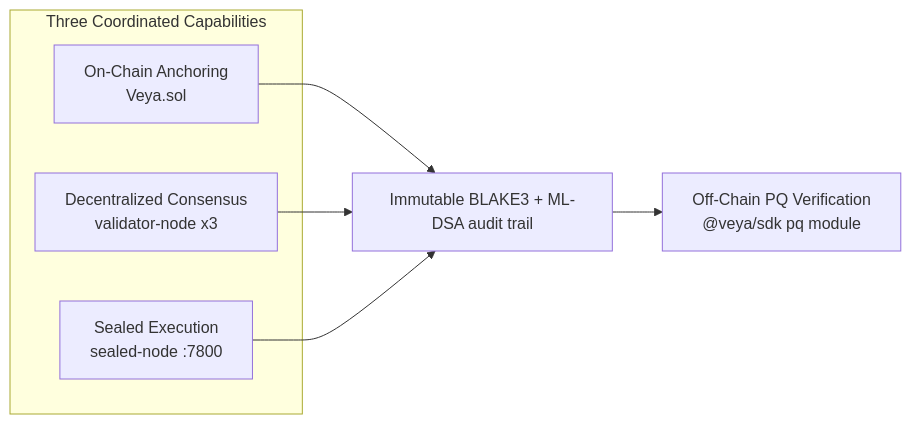
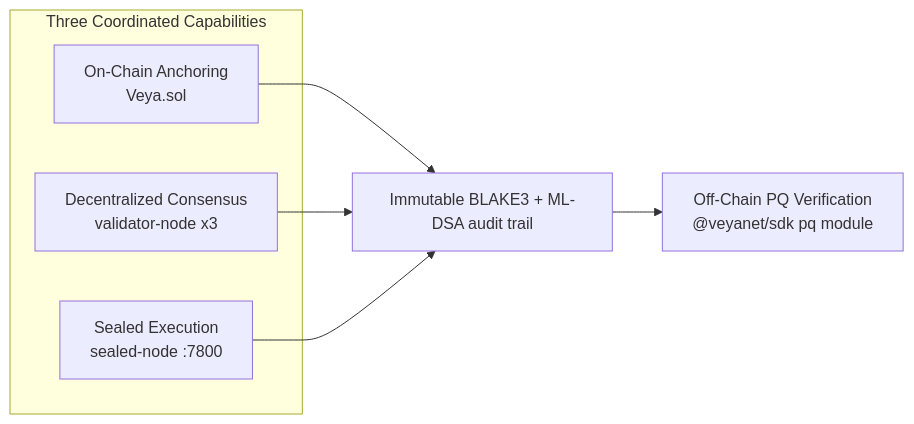
The first of 13 diagrams in docs/ARCHITECTURE.md (veyanet/veya-sdk), drawn with Mermaid before and after one commit. The commit also changed other lines of this file and 34 other files, not shown here.

Commit message:
refactor(sdk): update package scope to @veyanet/sdk

````diff
--- a/docs/ARCHITECTURE.md
+++ b/docs/ARCHITECTURE.md
@@ -68,12 +68,12 @@
 ```mermaid
 flowchart LR
     subgraph Capabilities["Three Coordinated Capabilities"]
         A["On-Chain Anchoring\nVeya.sol"]
         B["Decentralized Consensus\nvalidator-node x3"]
         C["Sealed Execution\nsealed-node :7800"]
     end
     A --> D["Immutable BLAKE3 + ML-DSA audit trail"]
     B --> D
     C --> D
-    D --> E["Off-Chain PQ Verification\n@veya/sdk pq module"]
+    D --> E["Off-Chain PQ Verification\n@veyanet/sdk pq module"]
 ```
````
